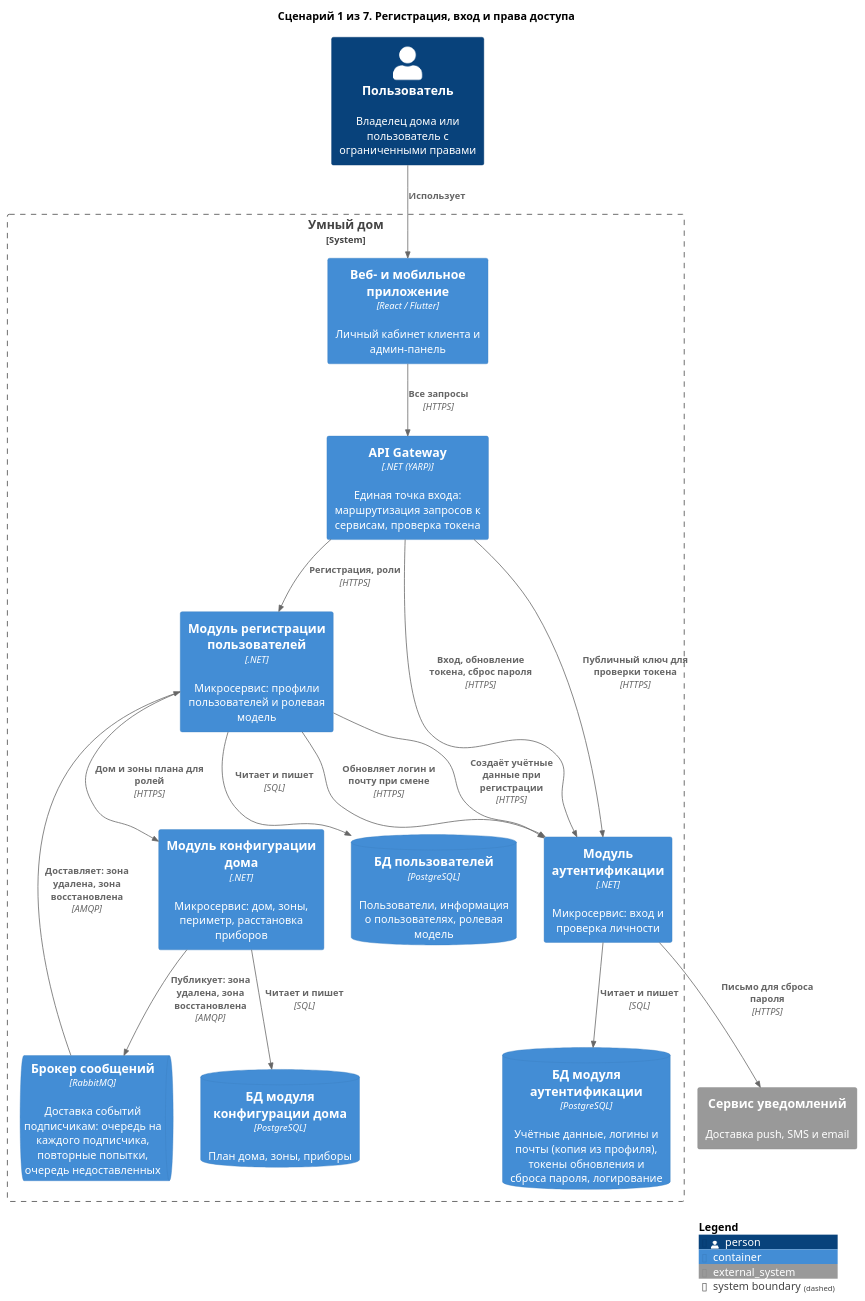
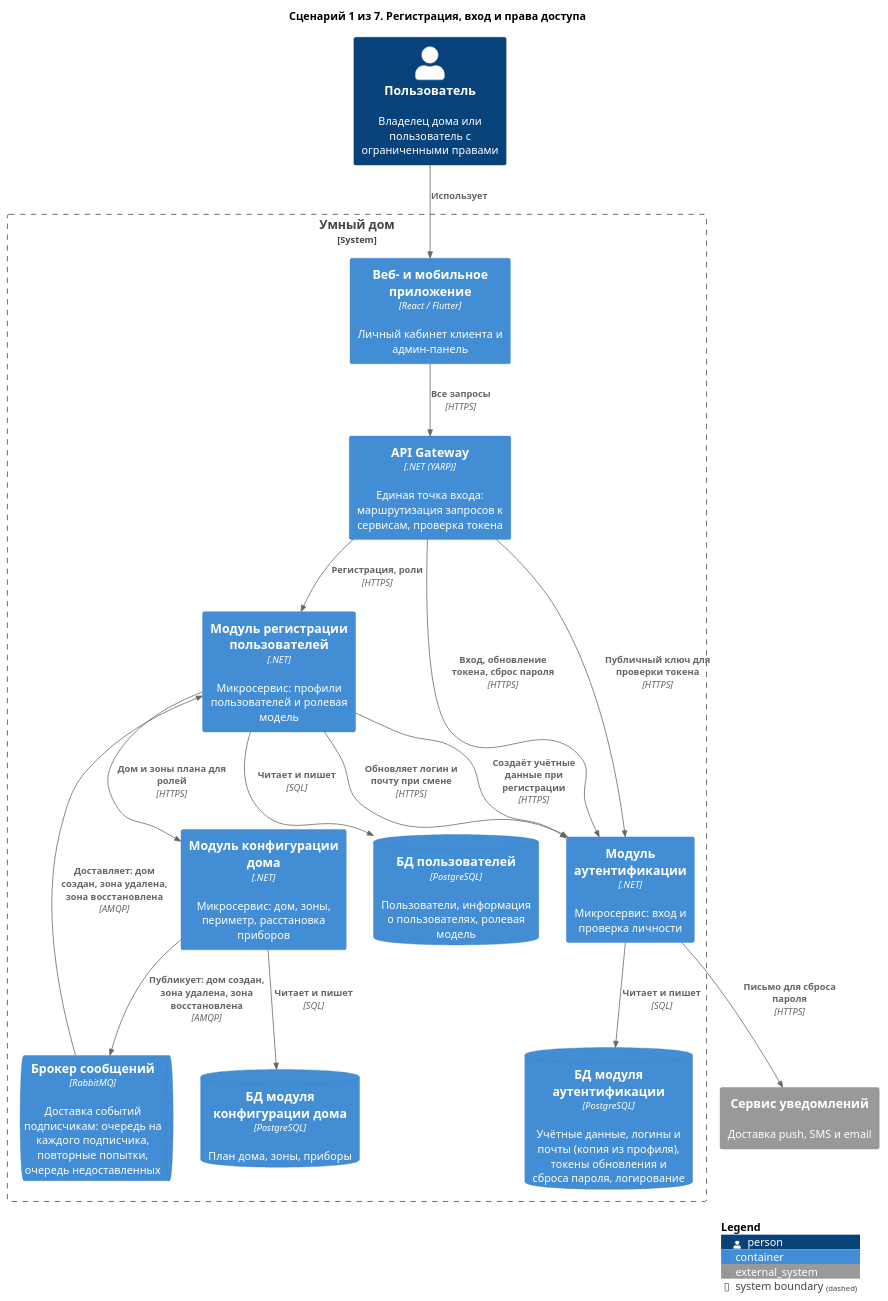
The diagram in diagrams/containers-scenarios/01-registration-and-access.puml (Lyamin-av/architecture-warmhouse), drawn with PlantUML before and after one commit. The commit also changed 16 other files, not shown here.

Commit message:
Согласование с ER: событие «дом создан» (Конфигурация дома → Пользователи), Администратор — служебная роль в доме, права в зоне по категории приборов, категории в Интеграции

```diff
--- a/diagrams/containers-scenarios/01-registration-and-access.puml
+++ b/diagrams/containers-scenarios/01-registration-and-access.puml
@@ -1,40 +1,40 @@
 @startuml 01-registration-and-access
 !include <C4/C4_Container>
 
 title Сценарий 1 из 7. Регистрация, вход и права доступа
 
 Person(user, "Пользователь", "Владелец дома или пользователь с ограниченными правами")
 
 System_Boundary(Warmhouse, "Умный дом") {
     Container(apps, "Веб- и мобильное приложение", "React / Flutter", "Личный кабинет клиента и админ-панель")
     Container(Gateway, "API Gateway", ".NET (YARP)", "Единая точка входа: маршрутизация запросов к сервисам, проверка токена")
     Container(Authentication, "Модуль аутентификации", ".NET", "Микросервис: вход и проверка личности")
     Container(Users, "Модуль регистрации пользователей", ".NET", "Микросервис: профили пользователей и ролевая модель")
     Container(HouseConfigurator, "Модуль конфигурации дома", ".NET", "Микросервис: дом, зоны, периметр, расстановка приборов")
     ContainerQueue(Broker, "Брокер сообщений", "RabbitMQ", "Доставка событий подписчикам: очередь на каждого подписчика, повторные попытки, очередь недоставленных")
     ContainerDb(dbUsers, "БД пользователей", "PostgreSQL", "Пользователи, информация о пользователях, ролевая модель")
     ContainerDb(dbAuth, "БД модуля аутентификации", "PostgreSQL", "Учётные данные, логины и почты (копия из профиля), токены обновления и сброса пароля, логирование")
     ContainerDb(dbHC, "БД модуля конфигурации дома", "PostgreSQL", "План дома, зоны, приборы")
 }
 
 System_Ext(notify, "Сервис уведомлений", "Доставка push, SMS и email")
 
 
 Rel(user, apps, "Использует")
 Rel(apps, Gateway, "Все запросы", "HTTPS")
 Rel(Gateway, Authentication, "Вход, обновление токена, сброс пароля", "HTTPS")
 Rel(Gateway, Authentication, "Публичный ключ для проверки токена", "HTTPS")
 Rel(Gateway, Users, "Регистрация, роли", "HTTPS")
 Rel(Users, Authentication, "Создаёт учётные данные при регистрации", "HTTPS")
 Rel(Users, Authentication, "Обновляет логин и почту при смене", "HTTPS")
 
 Rel(Users, dbUsers, "Читает и пишет", "SQL")
 Rel(Authentication, notify, "Письмо для сброса пароля", "HTTPS")
 Rel(Authentication, dbAuth, "Читает и пишет", "SQL")
 Rel(Users, HouseConfigurator, "Дом и зоны плана для ролей", "HTTPS")
 Rel(HouseConfigurator, dbHC, "Читает и пишет", "SQL")
-Rel(HouseConfigurator, Broker, "Публикует: зона удалена, зона восстановлена", "AMQP")
-Rel(Broker, Users, "Доставляет: зона удалена, зона восстановлена", "AMQP")
+Rel(HouseConfigurator, Broker, "Публикует: дом создан, зона удалена, зона восстановлена", "AMQP")
+Rel(Broker, Users, "Доставляет: дом создан, зона удалена, зона восстановлена", "AMQP")
 
 SHOW_LEGEND()
 @enduml
```
